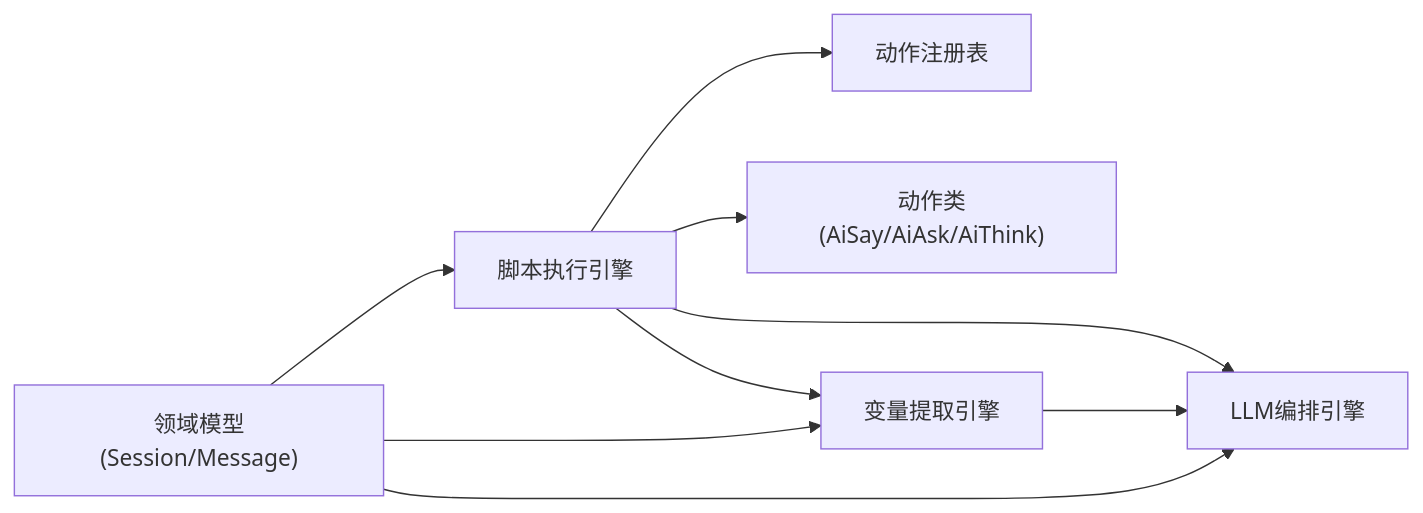
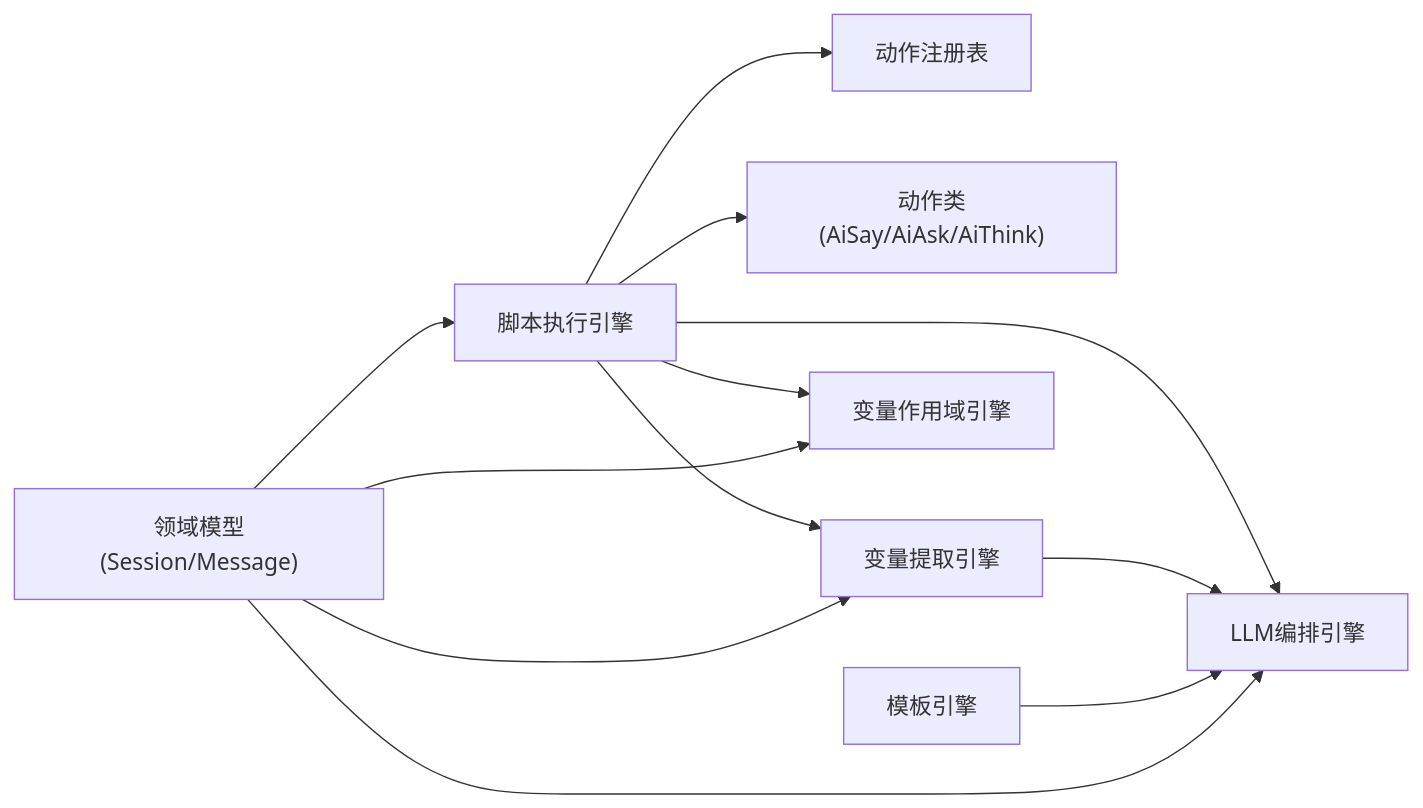
The eighth of 8 diagrams in .qoder/repowiki/zh/content/核心引擎系统/核心引擎系统.md (EverettCamus/HeartRule-Qoder), drawn with Mermaid before and after one commit. The commit also changed other lines of this file and 31 other files, not shown here.

````diff
--- a/.qoder/repowiki/zh/content/核心引擎系统/核心引擎系统.md
+++ b/.qoder/repowiki/zh/content/核心引擎系统/核心引擎系统.md
@@ -378,11 +478,14 @@
 ```mermaid
 graph LR
 SE["脚本执行引擎"] --> AR["动作注册表"]
 SE --> AC["动作类(AiSay/AiAsk/AiThink)"]
 SE --> VE["变量提取引擎"]
 SE --> LO["LLM编排引擎"]
+SE --> VSR["变量作用域引擎"]
 VE --> LO
+TE["模板引擎"] --> LO
 DM["领域模型(Session/Message)"] --> SE
 DM --> VE
 DM --> LO
+DM --> VSR
 ```
````
